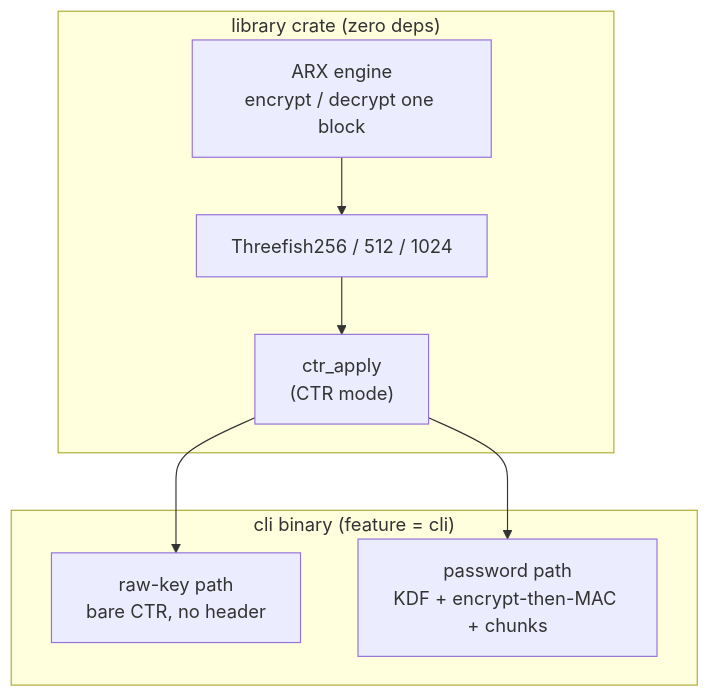
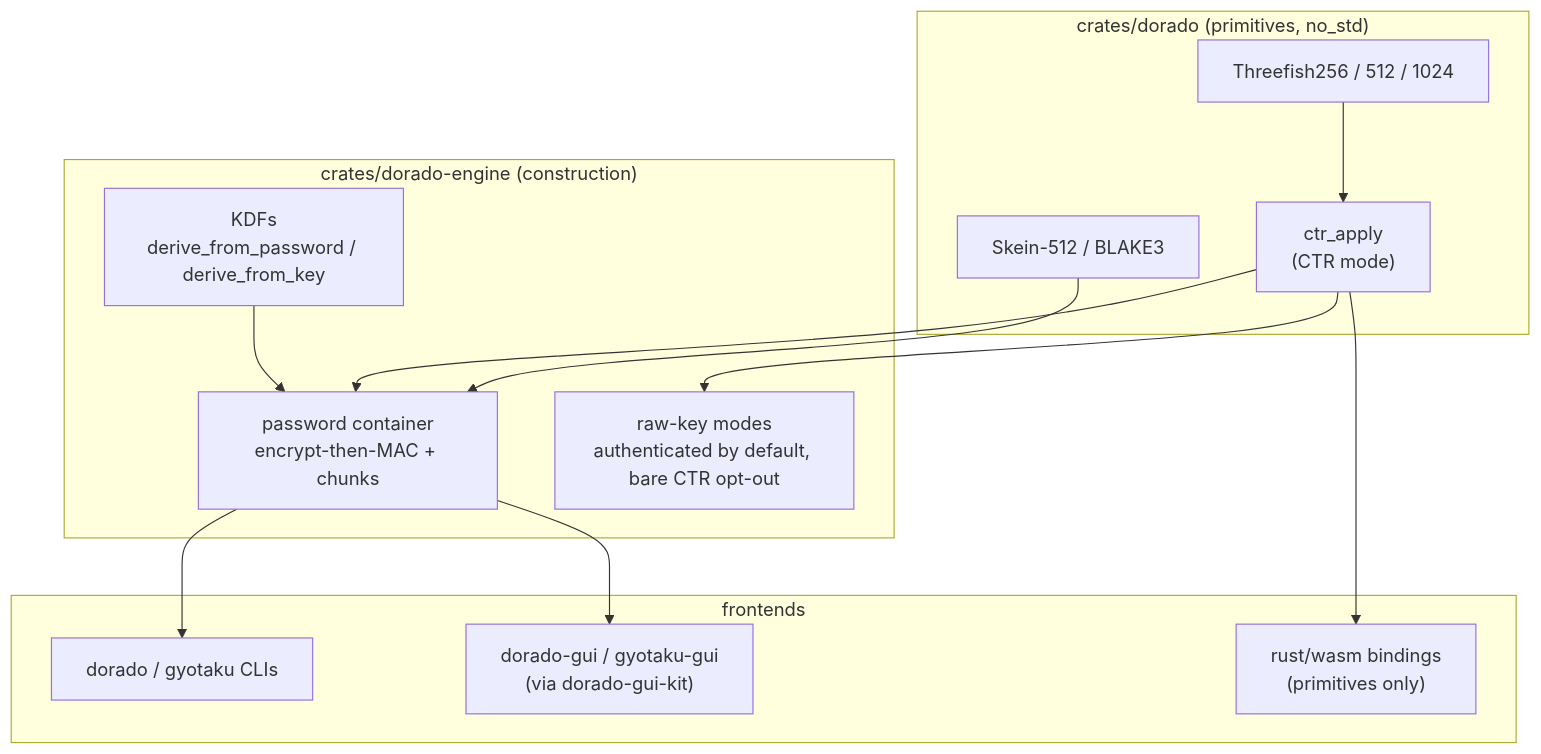
Before and after one commit to alleato-llc/dorado: the first of 5 diagrams in rust/docs/overview.md, drawn with Mermaid. The commit also changed other lines of this file and 57 other files, not shown here.

````diff
--- a/rust/docs/overview.md
+++ b/rust/docs/overview.md
@@ -22,17 +34,30 @@
 ```mermaid
 flowchart TB
-    subgraph lib["library crate (zero deps)"]
-        engine["ARX engine<br/>encrypt / decrypt one block"]
+    subgraph prim["crates/dorado (primitives, no_std)"]
         variants["Threefish256 / 512 / 1024"]
         ctr["ctr_apply<br/>(CTR mode)"]
-        engine --> variants --> ctr
+        hashes["Skein-512 / BLAKE3"]
+        variants --> ctr
     end
 
-    subgraph cli["cli binary (feature = cli)"]
-        rawpath["raw-key path<br/>bare CTR, no header"]
-        pwpath["password path<br/>KDF + encrypt-then-MAC + chunks"]
+    subgraph eng["crates/dorado-engine (construction)"]
+        kdfs["KDFs<br/>derive_from_password / derive_from_key"]
+        pwpath["password container<br/>encrypt-then-MAC + chunks"]
+        rawpath["raw-key modes<br/>authenticated by default, bare CTR opt-out"]
+        kdfs --> pwpath
     end
 
+    ctr --> pwpath
     ctr --> rawpath
-    ctr --> pwpath
+    hashes --> pwpath
+
+    subgraph fronts["frontends"]
+        clis["dorado / gyotaku CLIs"]
+        guis["dorado-gui / gyotaku-gui<br/>(via dorado-gui-kit)"]
+        wasm["rust/wasm bindings<br/>(primitives only)"]
+    end
+
+    pwpath --> clis
+    pwpath --> guis
+    ctr --> wasm
 ```
````
